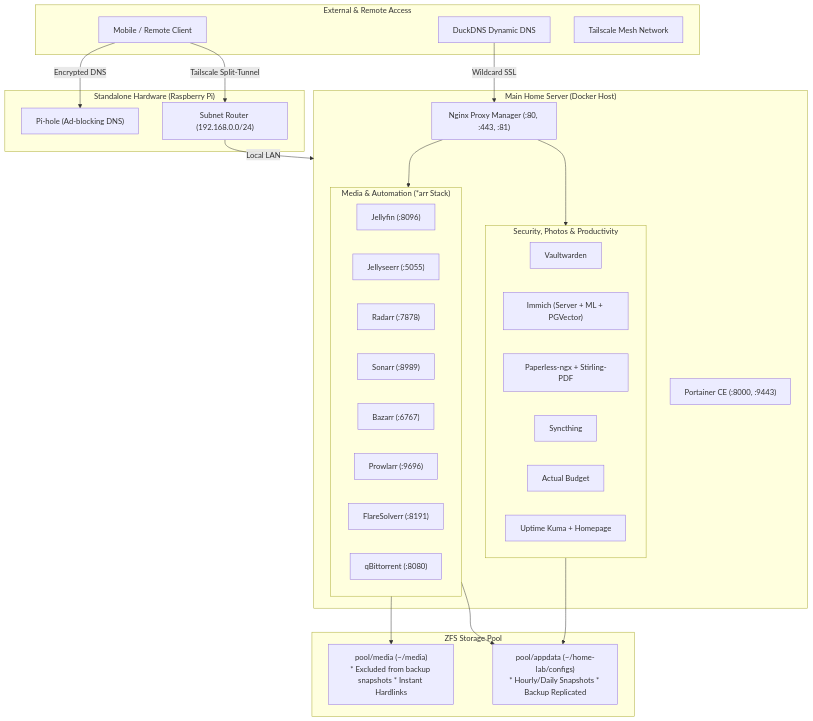
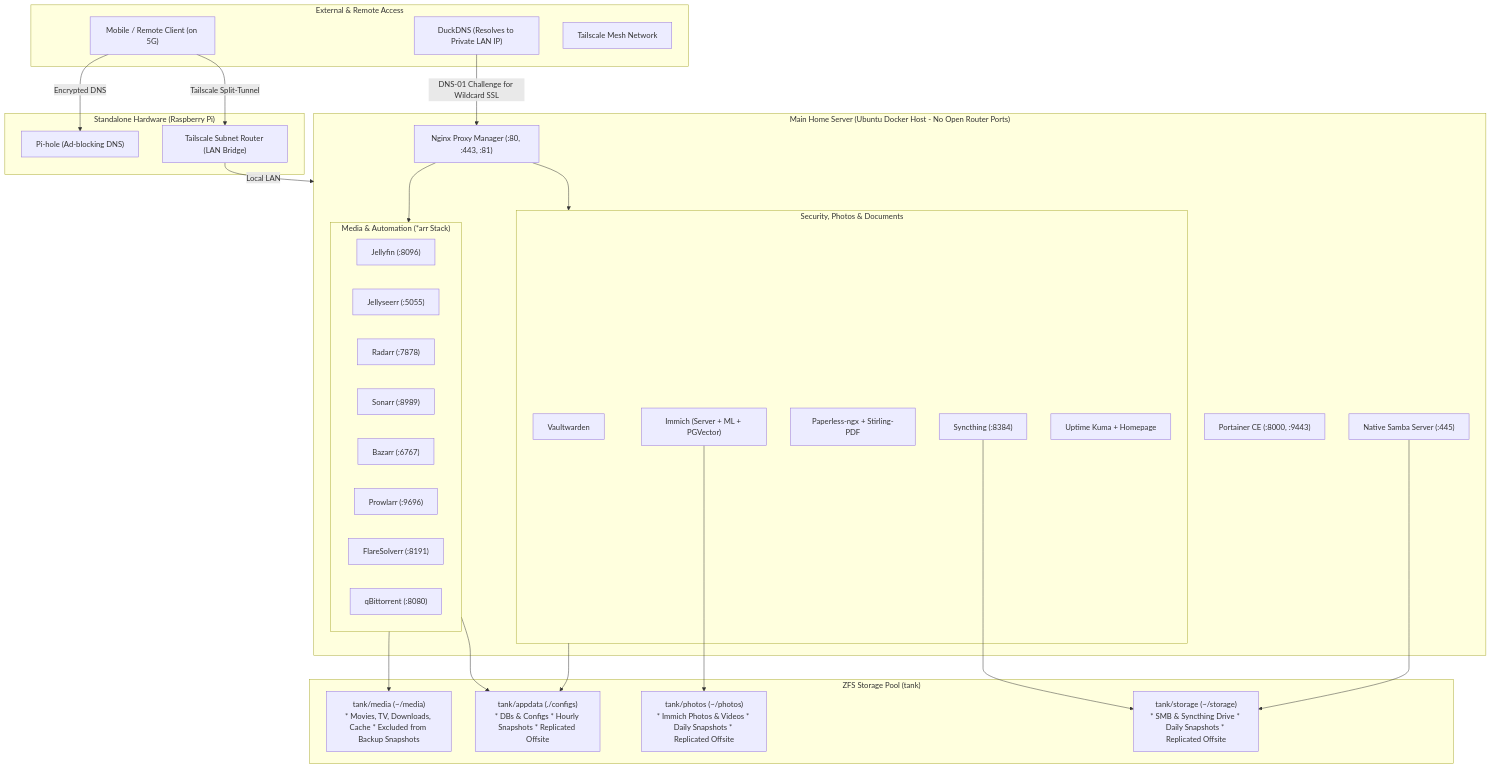
Before and after one commit to akshatkushwaha/home-lab: the diagram in README.md, drawn with Mermaid. The commit also changed other lines of this file and 9 other files, not shown here.

First line of the commit message:
refactor(homelab): harden storage architecture, fix setup ordering, and update services

````diff
--- a/README.md
+++ b/README.md
@@ -9,55 +9,60 @@
 ```mermaid
 flowchart TD
     subgraph Internet ["External & Remote Access"]
-        Client["Mobile / Remote Client"]
-        DuckDNS["DuckDNS Dynamic DNS"]
+        Client["Mobile / Remote Client (on 5G)"]
+        DuckDNS["DuckDNS (Resolves to Private LAN IP)"]
         TailscaleNet["Tailscale Mesh Network"]
     end
 
     subgraph Hardware_Pi ["Standalone Hardware (Raspberry Pi)"]
         PiHole["Pi-hole (Ad-blocking DNS)"]
-        PiTailscale["Subnet Router (192.168.0.0/24)"]
+        PiTailscale["Tailscale Subnet Router (LAN Bridge)"]
     end
 
-    subgraph HomeServer ["Main Home Server (Docker Host)"]
+    subgraph HomeServer ["Main Home Server (Ubuntu Docker Host - No Open Router Ports)"]
         NPM["Nginx Proxy Manager (:80, :443, :81)"]
         Portainer["Portainer CE (:8000, :9443)"]
+        SMB["Native Samba Server (:445)"]
 
-        subgraph Core_Services ["Security, Photos & Productivity"]
+        subgraph Core_Services ["Security, Photos & Documents"]
             Vault["Vaultwarden"]
             Immich["Immich (Server + ML + PGVector)"]
             Paperless["Paperless-ngx + Stirling-PDF"]
-            Sync["Syncthing"]
-            Budget["Actual Budget"]
+            Sync["Syncthing (:8384)"]
             Monitor["Uptime Kuma + Homepage"]
         end
 
         subgraph Media_Stack ["Media & Automation (*arr Stack)"]
             Jellyfin["Jellyfin (:8096)"]
             Jellyseerr["Jellyseerr (:5055)"]
             Radarr["Radarr (:7878)"]
             Sonarr["Sonarr (:8989)"]
             Bazarr["Bazarr (:6767)"]
             Prowlarr["Prowlarr (:9696)"]
             Flare["FlareSolverr (:8191)"]
             Qbit["qBittorrent (:8080)"]
         end
     end
 
-    subgraph Storage ["ZFS Storage Pool"]
-        DS_Appdata["pool/appdata (~/home-lab/configs)\n* Hourly/Daily Snapshots * Backup Replicated"]
-        DS_Media["pool/media (~/media)\n* Excluded from backup snapshots * Instant Hardlinks"]
+    subgraph Storage ["ZFS Storage Pool (tank)"]
+        DS_Appdata["tank/appdata (./configs)\n* DBs & Configs * Hourly Snapshots * Replicated Offsite"]
+        DS_Photos["tank/photos (~/photos)\n* Immich Photos & Videos * Daily Snapshots * Replicated Offsite"]
+        DS_Storage["tank/storage (~/storage)\n* SMB & Syncthing Drive * Daily Snapshots * Replicated Offsite"]
+        DS_Media["tank/media (~/media)\n* Movies, TV, Downloads, Cache * Excluded from Backup Snapshots"]
     end
 
     Client -->|Tailscale Split-Tunnel| PiTailscale
     PiTailscale -->|Local LAN| HomeServer
     Client -->|Encrypted DNS| PiHole
-    DuckDNS -->|Wildcard SSL| NPM
+    DuckDNS -->|DNS-01 Challenge for Wildcard SSL| NPM
 
     NPM --> Core_Services
     NPM --> Media_Stack
 
+    SMB --> DS_Storage
+    Sync --> DS_Storage
+    Immich --> DS_Photos
     Core_Services --> DS_Appdata
     Media_Stack --> DS_Appdata
     Media_Stack --> DS_Media
 ```
````
